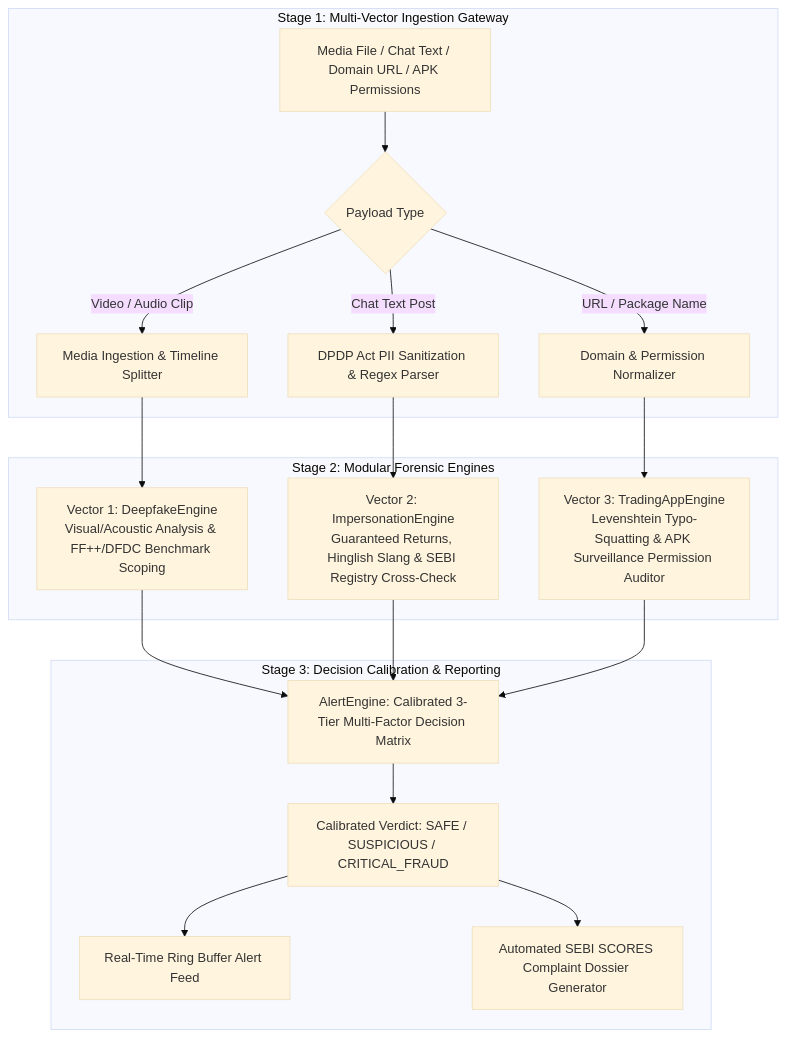
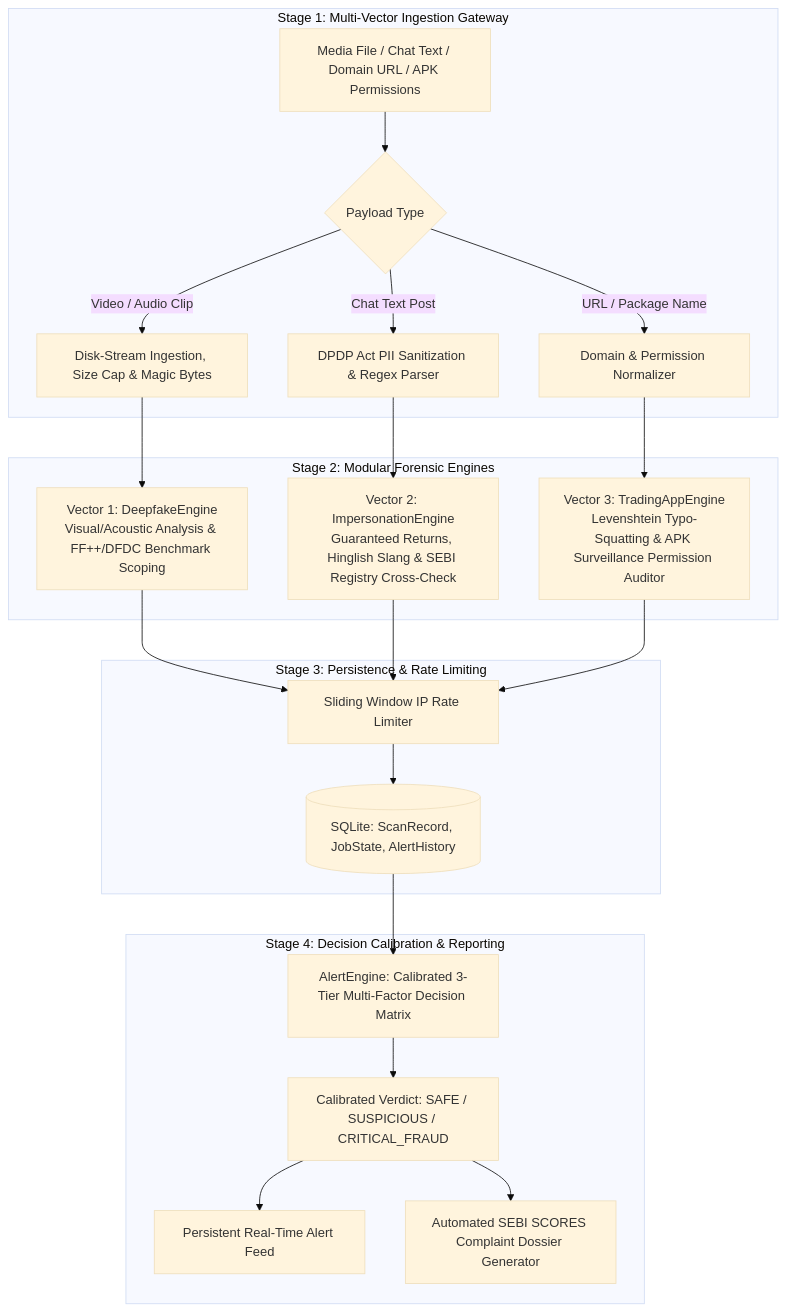
The diagram in PHASE_1_ARCHITECTURE_AND_CODEBASE_MANUAL.md (sarthakbond/fingaurd_2.0), drawn with Mermaid (base theme) before and after one commit. The commit also changed other lines of this file and 13 other files, not shown here.

Commit message:
feat(hardening): implement SQLite persistence, disk-backed streaming uploads, rate limiting, and explicit CORS

````diff
--- a/PHASE_1_ARCHITECTURE_AND_CODEBASE_MANUAL.md
+++ b/PHASE_1_ARCHITECTURE_AND_CODEBASE_MANUAL.md
@@ -49,22 +53,27 @@
 ```mermaid
 flowchart TD
     subgraph INGESTION["Stage 1: Multi-Vector Ingestion Gateway"]
         INPUT[Media File / Chat Text / Domain URL / APK Permissions] --> ROUTE{Payload Type}
-        ROUTE -->|Video / Audio Clip| V1_INGEST[Media Ingestion & Timeline Splitter]
+        ROUTE -->|Video / Audio Clip| V1_INGEST[Disk-Stream Ingestion, Size Cap & Magic Bytes]
         ROUTE -->|Chat Text Post| V2_INGEST[DPDP Act PII Sanitization & Regex Parser]
         ROUTE -->|URL / Package Name| V3_INGEST[Domain & Permission Normalizer]
     end
 
     subgraph FORENSICS["Stage 2: Modular Forensic Engines"]
         V1_INGEST --> ENG1[Vector 1: DeepfakeEngine<br/>Visual/Acoustic Analysis & FF++/DFDC Benchmark Scoping]
         V2_INGEST --> ENG2[Vector 2: ImpersonationEngine<br/>Guaranteed Returns, Hinglish Slang & SEBI Registry Cross-Check]
         V3_INGEST --> ENG3[Vector 3: TradingAppEngine<br/>Levenshtein Typo-Squatting & APK Surveillance Permission Auditor]
     end
 
-    subgraph DECISION["Stage 3: Decision Calibration & Reporting"]
-        ENG1 & ENG2 & ENG3 --> MATRIX[AlertEngine: Calibrated 3-Tier Multi-Factor Decision Matrix]
+    subgraph PERSISTENCE["Stage 3: Persistence & Rate Limiting"]
+        ENG1 & ENG2 & ENG3 --> RL[Sliding Window IP Rate Limiter]
+        RL --> SQLITE[(SQLite: ScanRecord, JobState, AlertHistory)]
+    end
+
+    subgraph DECISION["Stage 4: Decision Calibration & Reporting"]
+        SQLITE --> MATRIX[AlertEngine: Calibrated 3-Tier Multi-Factor Decision Matrix]
         MATRIX --> VERDICT[Calibrated Verdict: SAFE / SUSPICIOUS / CRITICAL_FRAUD]
-        VERDICT --> ALERTS[Real-Time Ring Buffer Alert Feed]
+        VERDICT --> ALERTS[Persistent Real-Time Alert Feed]
         VERDICT --> DOSSIER[Automated SEBI SCORES Complaint Dossier Generator]
     end
 ```
````
